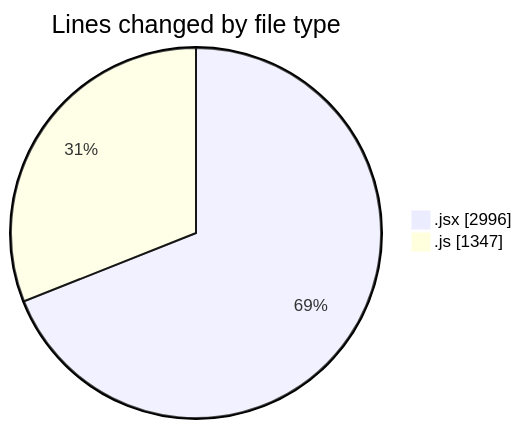
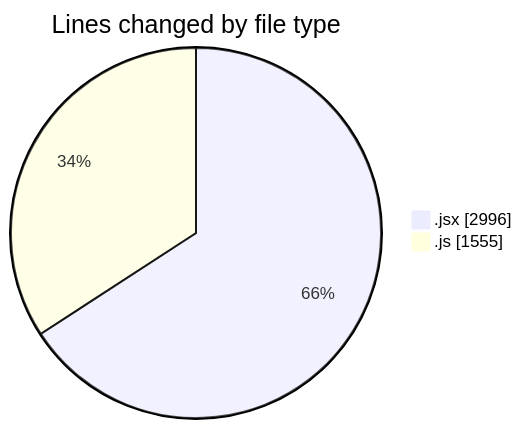
One commit to nxtqubesakshisongat/code-tracking changed the first of 2 diagrams in 2025-07-11/argos/README.md. Above: the diagram before and after it, drawn with Mermaid. The commit also changed other lines of this file and 1 other file, not shown here.

````diff
--- a/2025-07-11/argos/README.md
+++ b/2025-07-11/argos/README.md
@@ -25,6 +26,6 @@
 ```mermaid
 pie showData
 title Lines changed by file type
 ".jsx" : 2996
-".js" : 1347
+".js" : 1555
 ```
````
